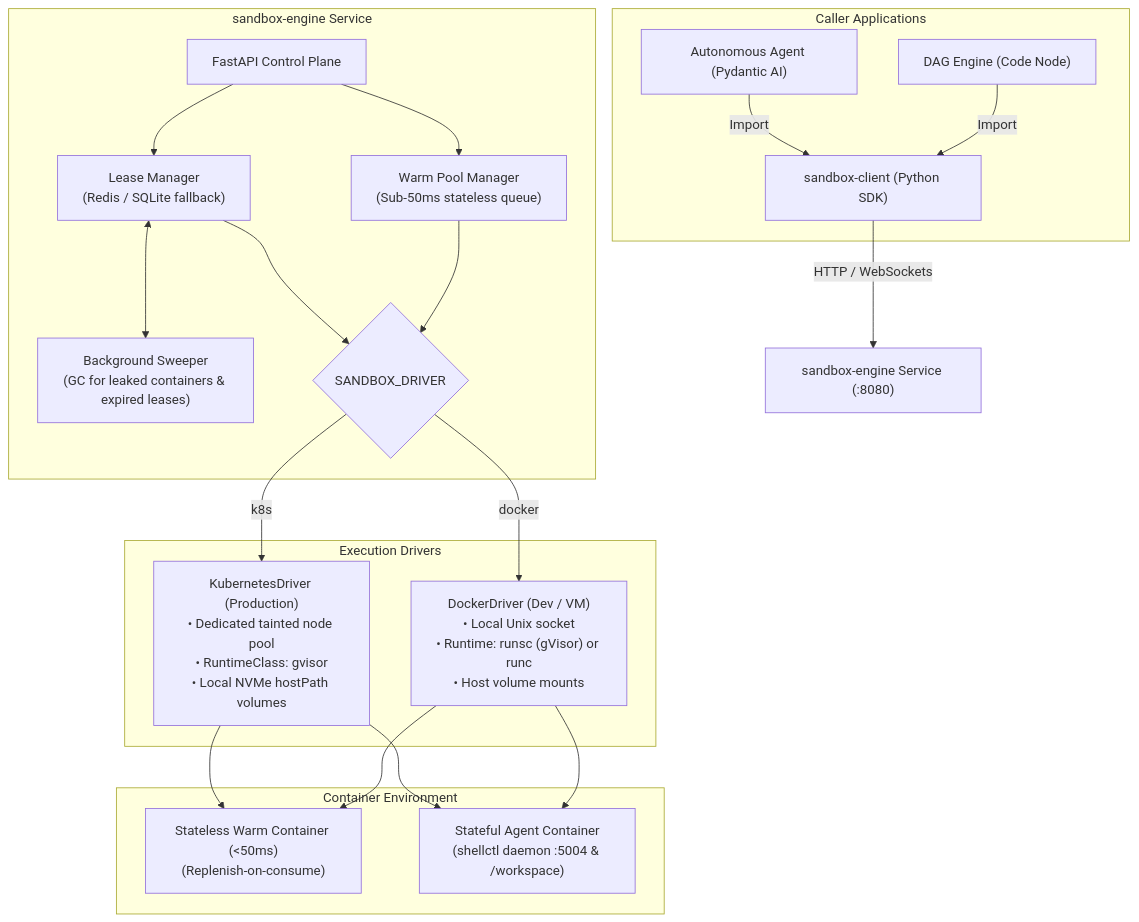
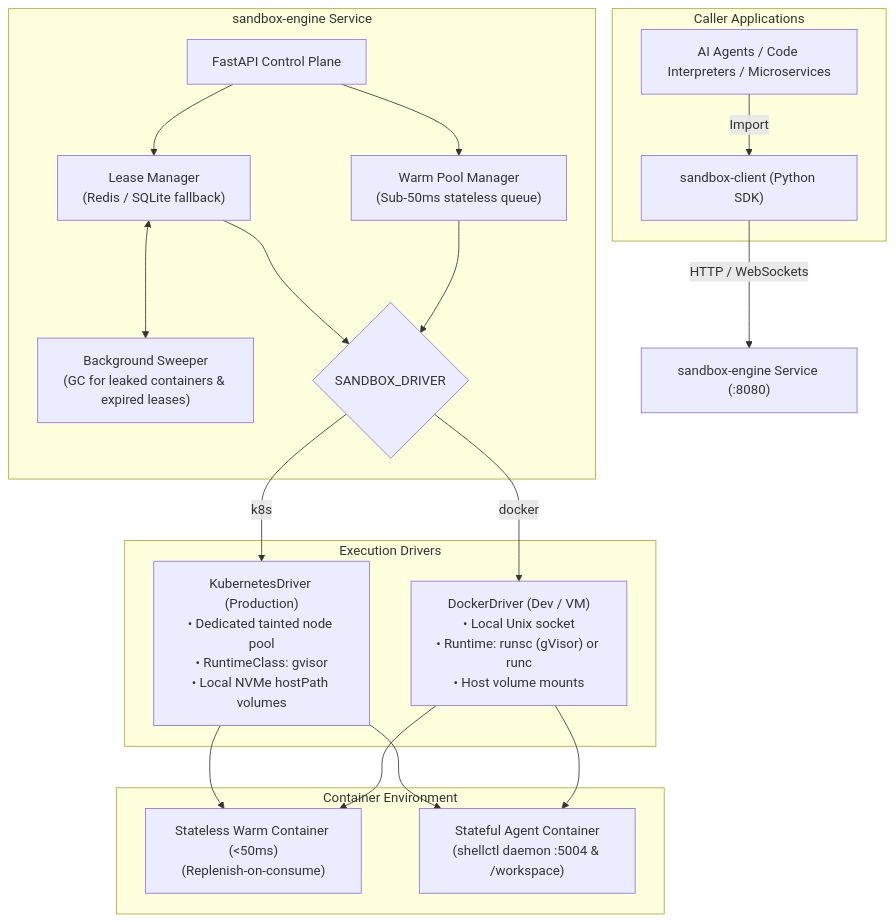
The diagram in README.md (rt134/sandbox-execution-system), drawn with Mermaid before and after one commit. The commit also changed other lines of this file and 4 other files, not shown here.

Commit message:
docs: remove specific DAG references and generalize to production sandbox execution

````diff
--- a/README.md
+++ b/README.md
@@ -14,42 +14,41 @@
 ```mermaid
 flowchart TD
     subgraph ClientLayer["Caller Applications"]
-        DAG["DAG Engine (Code Node)"] -->|Import| SDK["sandbox-client (Python SDK)"]
-        Agent["Autonomous Agent (Pydantic AI)"] -->|Import| SDK
+        App["AI Agents / Code Interpreters / Microservices"] -->|Import| SDK["sandbox-client (Python SDK)"]
     end
 
     SDK -->|HTTP / WebSockets| Engine["sandbox-engine Service (:8080)"]
 
     subgraph SandboxEngine["sandbox-engine Service"]
         API["FastAPI Control Plane"]
         WarmPool["Warm Pool Manager\n(Sub-50ms stateless queue)"]
         LeaseMgr["Lease Manager\n(Redis / SQLite fallback)"]
         Sweeper["Background Sweeper\n(GC for leaked containers & expired leases)"]
         
         API --> WarmPool
         API --> LeaseMgr
         LeaseMgr <--> Sweeper
         
         DriverSwitch{"SANDBOX_DRIVER"}
         WarmPool --> DriverSwitch
         LeaseMgr --> DriverSwitch
     end
 
     subgraph Drivers["Execution Drivers"]
         DockerDriver["DockerDriver (Dev / VM)\n• Local Unix socket\n• Runtime: runsc (gVisor) or runc\n• Host volume mounts"]
         K8sDriver["KubernetesDriver (Production)\n• Dedicated tainted node pool\n• RuntimeClass: gvisor\n• Local NVMe hostPath volumes"]
     end
 
     DriverSwitch -->|docker| DockerDriver
     DriverSwitch -->|k8s| K8sDriver
 
     subgraph Sandboxes["Container Environment"]
         StatelessBox["Stateless Warm Container (<50ms)\n(Replenish-on-consume)"]
         StatefulBox["Stateful Agent Container\n(shellctl daemon :5004 & /workspace)"]
     end
 
     DockerDriver --> StatelessBox
     DockerDriver --> StatefulBox
     K8sDriver --> StatelessBox
     K8sDriver --> StatefulBox
 ```
````
